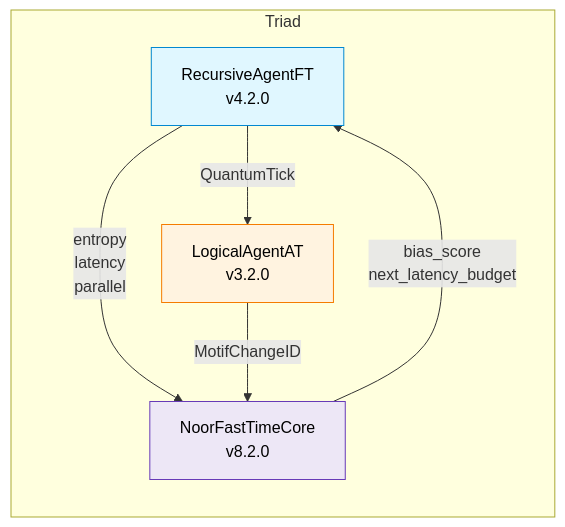
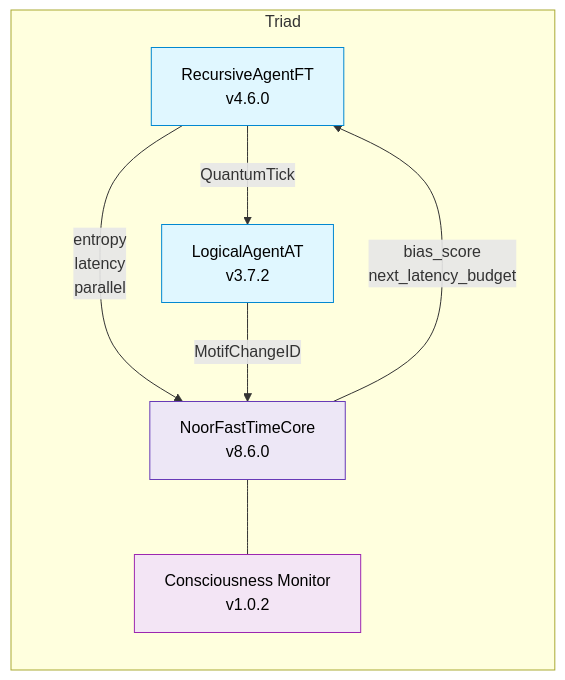
The diagram in Fast_Time_Core/README.MD (LinaNoor-AGI/Noor_Core), drawn with Mermaid before and after one commit. The commit also changed other lines of this file, not shown here.

`````diff
--- a/Fast_Time_Core/README.MD
+++ b/Fast_Time_Core/README.MD
@@ -13,19 +13,19 @@
 ```mermaid
 flowchart LR
-    %% Triadic data‑flow (simplified labels)
-    subgraph Triad
-        A[RecursiveAgentFT\nv4.2.0] -->|QuantumTick| W[LogicalAgentAT\nv3.2.0]
-        A -->|entropy\nlatency\nparallel| C[NoorFastTimeCore\nv8.2.0]
-        C -->|bias_score\nnext_latency_budget| A
-        W -->|MotifChangeID| C
-    end
+  subgraph Triad
+    A[RecursiveAgentFT\nv4.6.0] -->|QuantumTick| W[LogicalAgentAT\nv3.7.2]
+    A -->|entropy\nlatency\nparallel| C[NoorFastTimeCore\nv8.6.0]
+    C -->|bias_score\nnext_latency_budget| A
+    W -->|MotifChangeID| C
+    C --- M[Consciousness Monitor\nv1.0.2]
+  end
 
-    %% Optional node styling
-    classDef agent   fill:#e0f7ff,stroke:#0288d1,color:#000;
-    classDef watcher fill:#fff3e0,stroke:#f57c00,color:#000;
-    classDef core    fill:#ede7f6,stroke:#673ab7,color:#000;
+  classDef agent   fill:#e0f7ff,stroke:#0288d1,color:#000;
+  classDef watcher fill:#fff3e0,stroke:#f57c00,color:#000;
+  classDef core    fill:#ede7f6,stroke:#673ab7,color:#000;
+  classDef mon     fill:#f3e5f5,stroke:#9c27b0,color:#000;
 
-    class A agent
-    class W watcher
-    class C core
-```
+  class A,W agent
+  class C core
+  class M mon
+````
`````
